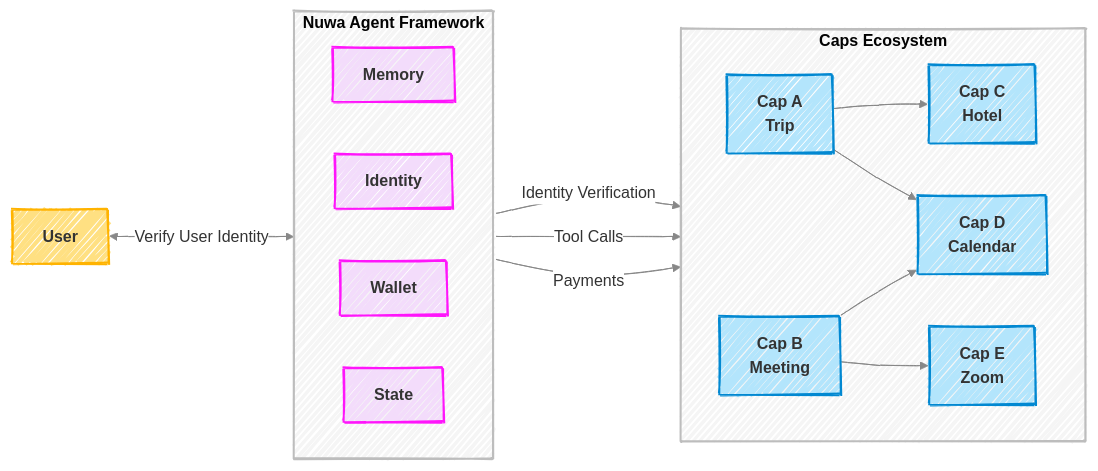
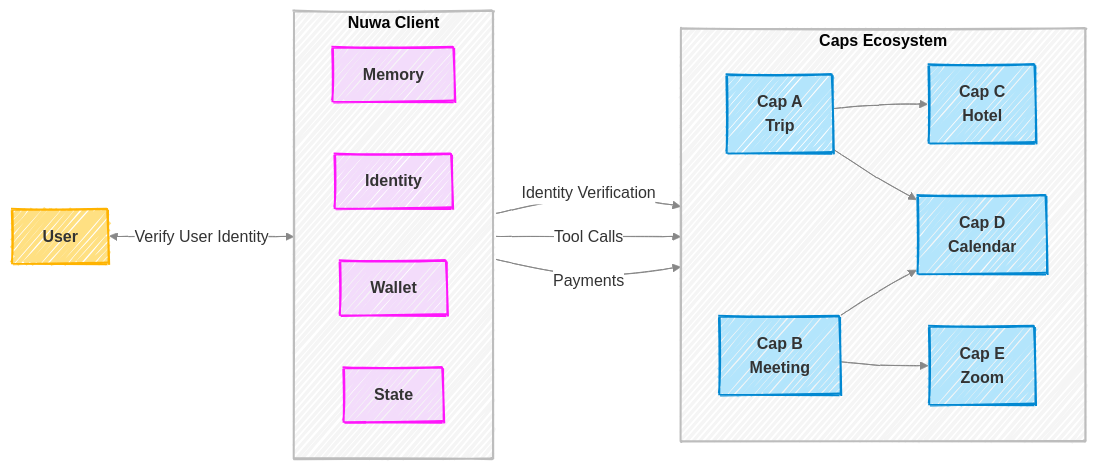
Before and after one commit to wow-sven/nuwa: the diagram in website/docs/content/architecture.mdx, drawn with Mermaid. The commit also changed other lines of this file and 2 other files, not shown here.

````diff
--- a/website/docs/content/architecture.mdx
+++ b/website/docs/content/architecture.mdx
@@ -9,62 +9,62 @@
 ```mermaid
 ---
 config:
   look: handDrawn
   theme: base
 ---
 %%{init: {
   "themeVariables": {
     "fontFamily": "Patrick Hand, Comic Sans MS, cursive",
     "primaryColor": "#f0f0f0",
     "primaryTextColor": "#333333",
     "lineColor": "#888888",
     "fontSize": "16px",
     "edgeLabelBackground": "#ffffff"
   },
   "flowchart": { "curve": "basis" }
 }}%%
 flowchart LR
     %% User and Nuwa Client
     U[User]
-    subgraph NuwaClient["Nuwa Agent Framework"]
+    subgraph NuwaClient["Nuwa Client"]
         direction LR
         M[Memory]
         I[Identity]
         W[Wallet]
         S[State]
     end
 
     %% Cap Ecosystem
     subgraph CapEcosystem["Caps Ecosystem"]
         direction LR
         A[Cap A\nTrip]
         B[Cap B\nMeeting]
         C[Cap C\nHotel]
         D[Cap D\nCalendar]
         E[Cap E\nZoom]
     end
 
     %% Connections from Nuwa to CapEcosystem
     U <-->|Verify User Identity| NuwaClient
     NuwaClient -->|Identity Verification| CapEcosystem
     NuwaClient -->|Tool Calls| CapEcosystem
     NuwaClient -->|Payments| CapEcosystem
 
     %% Cap A and B dependencies
     A --> C
     A --> D
     B --> D
     B --> E
 
     classDef user fill:#ffe082,stroke:#ffb300,stroke-width:2px,font-weight:bold;
     classDef nuwa fill:#F3DCFB,stroke:#FF15FB,stroke-width:2px,font-weight:bold;
     classDef cap fill:#b3e5fc,stroke:#0288d1,stroke-width:2px,font-weight:bold;
     classDef sub fill:#f5f5f5,stroke:#bdbdbd,stroke-width:2px,font-weight:bold;
 
     class U user;
     class NuwaClient sub;
     class CapEcosystem sub;
     class M,I,W,S nuwa;
     class A,B,C,D,E cap;
 
 ```
````
